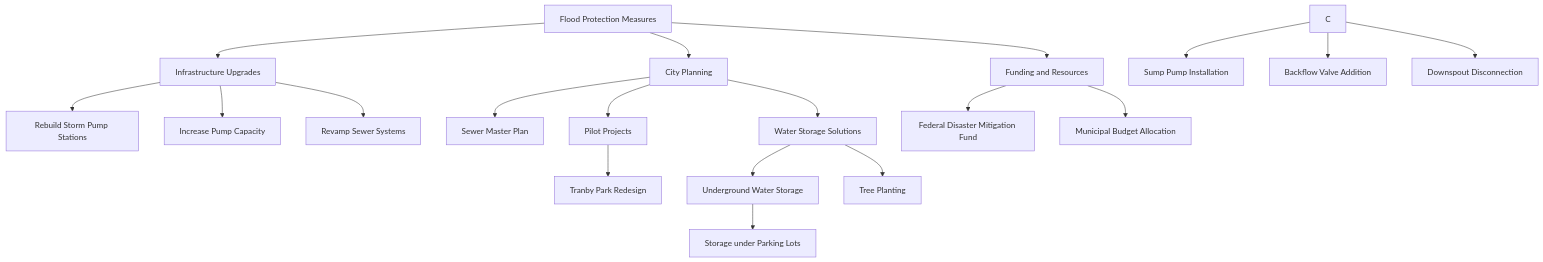
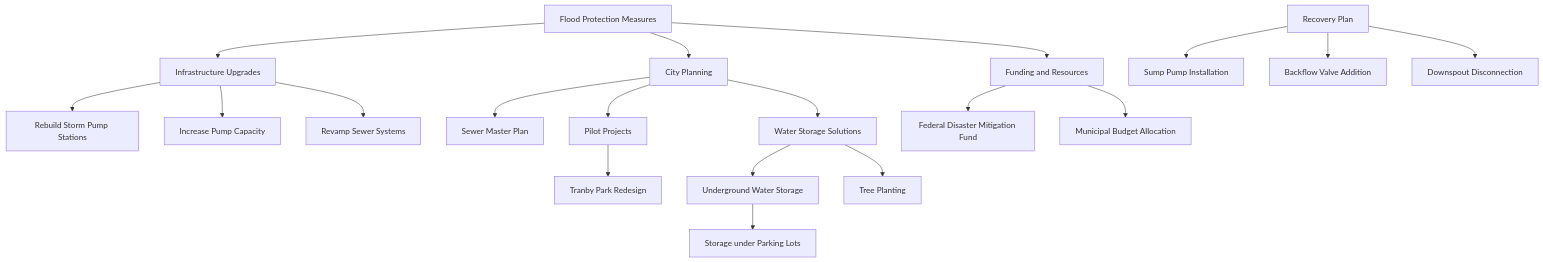
The diagram in README.md (daniellaurin/disaster_recovery_plan), drawn with Mermaid before and after one commit.

````diff
--- a/README.md
+++ b/README.md
@@ -27,27 +27,28 @@
 ```mermaid
 graph TD
     A[Flood Protection Measures] --> B[Infrastructure Upgrades]
     A --> D[City Planning]
     A --> E[Funding and Resources]
 
     B --> F[Rebuild Storm Pump Stations]
     B --> G[Increase Pump Capacity]
     B --> H[Revamp Sewer Systems]
 
+    C[Recovery Plan]
     C --> I[Sump Pump Installation]
     C --> J[Backflow Valve Addition]
     C --> K[Downspout Disconnection]
 
     D --> L[Sewer Master Plan]
     D --> M[Pilot Projects]
     D --> N[Water Storage Solutions]
 
     E --> O[Federal Disaster Mitigation Fund]
     E --> P[Municipal Budget Allocation]
 
     M --> Q[Tranby Park Redesign]
     N --> R[Underground Water Storage]
     N --> S[Tree Planting]
 
     R --> T[Storage under Parking Lots]
 ```
````
